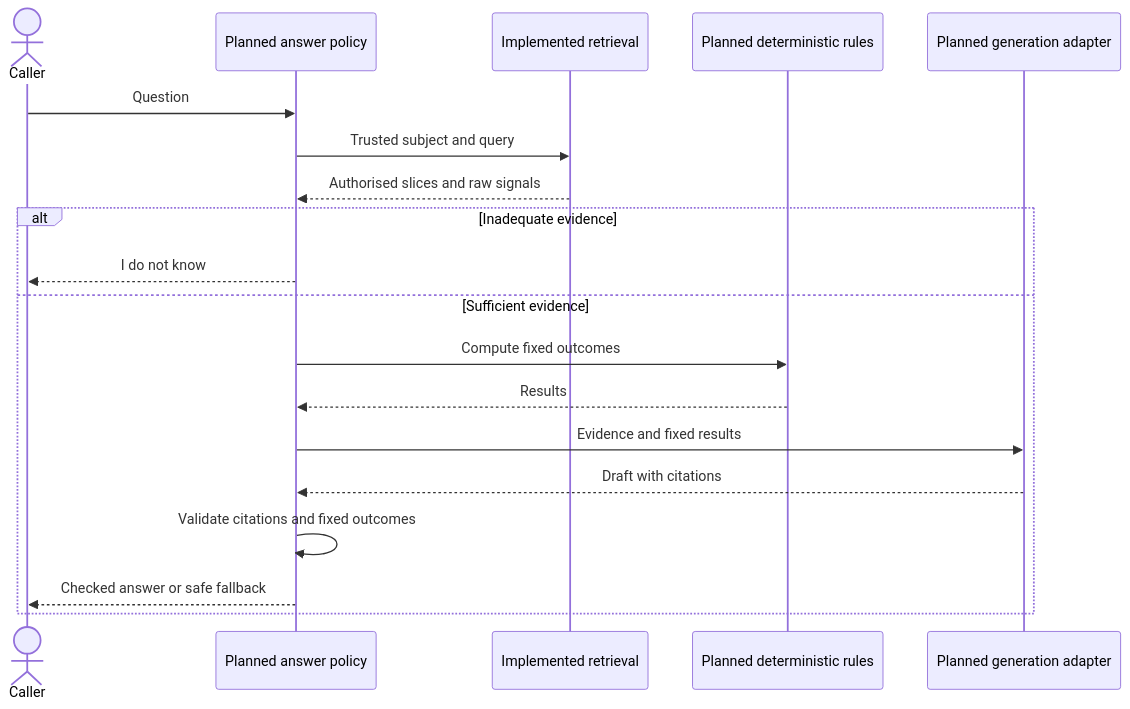
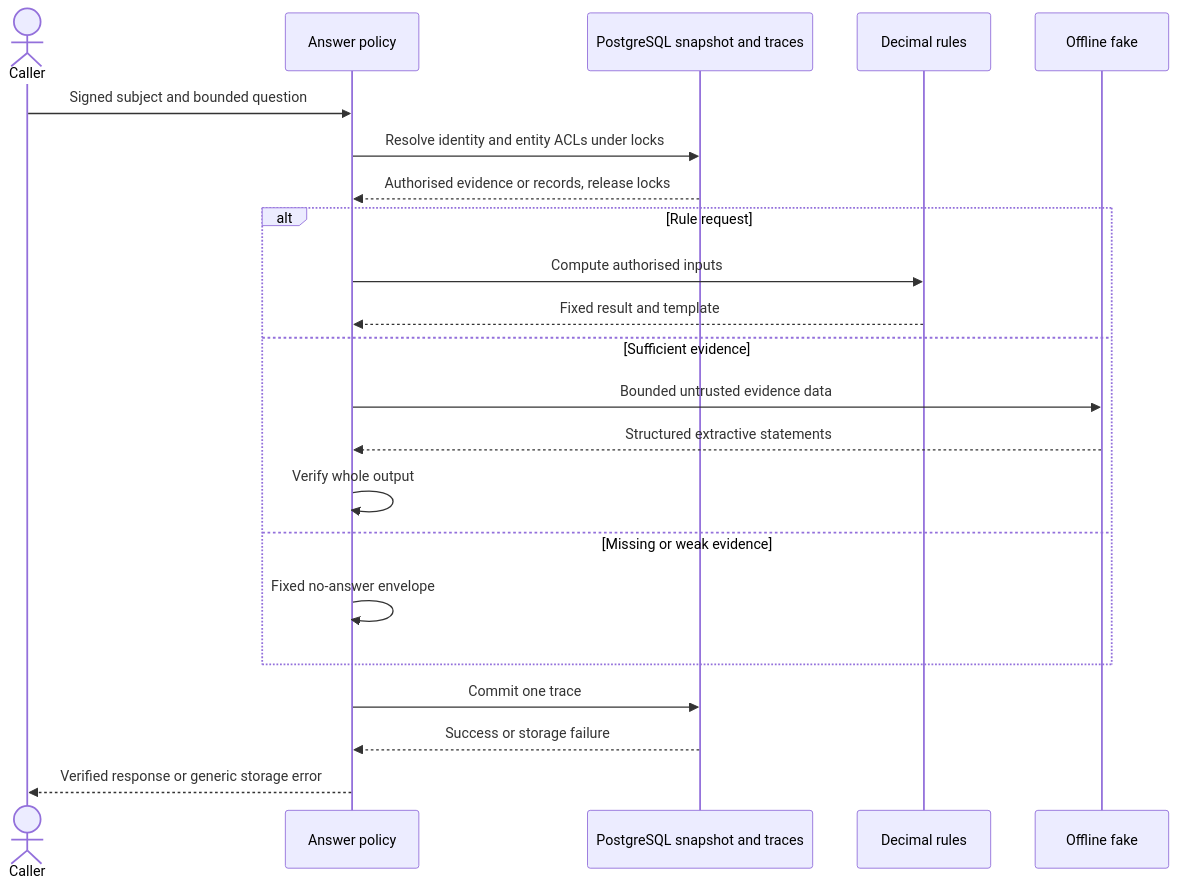
One commit to venkatakgonela/rag-audit-demo changed the fourth of 6 diagrams in docs/ARCHITECTURE.md. Above: the diagram before and after it, drawn with Mermaid. The commit also changed other lines of this file and 10 other files, not shown here.

Commit message:
docs: explain extractive policy identity and accounting limits

````diff
--- a/docs/ARCHITECTURE.md
+++ b/docs/ARCHITECTURE.md
@@ -65,21 +73,24 @@
 ```mermaid
 sequenceDiagram
     actor Caller
-    participant Policy as Planned answer policy
-    participant Retrieval as Implemented retrieval
-    participant Rules as Planned deterministic rules
-    participant Model as Planned generation adapter
-    Caller->>Policy: Question
-    Policy->>Retrieval: Trusted subject and query
-    Retrieval-->>Policy: Authorised slices and raw signals
-    alt Inadequate evidence
-        Policy-->>Caller: I do not know
+    participant Policy as Answer policy
+    participant Store as PostgreSQL snapshot and traces
+    participant Rules as Decimal rules
+    participant Model as Offline fake
+    Caller->>Policy: Signed subject and bounded question
+    Policy->>Store: Resolve identity and entity ACLs under locks
+    Store-->>Policy: Authorised evidence or records, release locks
+    alt Rule request
+        Policy->>Rules: Compute authorised inputs
+        Rules-->>Policy: Fixed result and template
     else Sufficient evidence
-        Policy->>Rules: Compute fixed outcomes
-        Rules-->>Policy: Results
-        Policy->>Model: Evidence and fixed results
-        Model-->>Policy: Draft with citations
-        Policy->>Policy: Validate citations and fixed outcomes
-        Policy-->>Caller: Checked answer or safe fallback
+        Policy->>Model: Bounded untrusted evidence data
+        Model-->>Policy: Structured extractive statements
+        Policy->>Policy: Verify whole output
+    else Missing or weak evidence
+        Policy->>Policy: Fixed no-answer envelope
     end
+    Policy->>Store: Commit one trace
+    Store-->>Policy: Success or storage failure
+    Policy-->>Caller: Verified response or generic storage error
 ```
````
